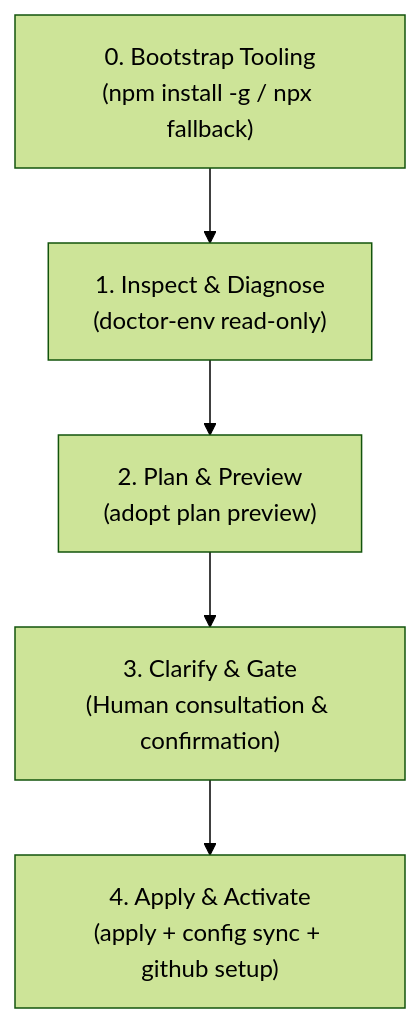
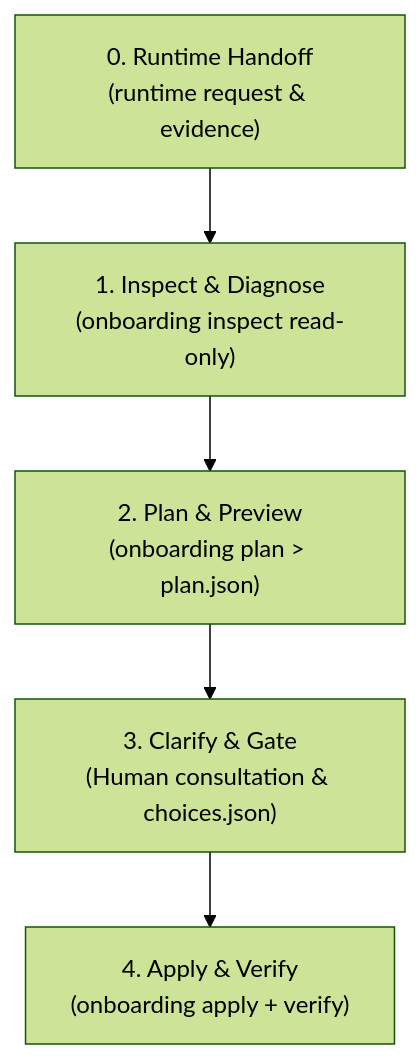
One commit to smota/agentflow-sdlc changed the diagram in docs/assisted-onboarding.md. Above: the diagram before and after it, drawn with Mermaid (forest theme). The commit also changed other lines of this file and 17 other files, not shown here.

````diff
--- a/docs/assisted-onboarding.md
+++ b/docs/assisted-onboarding.md
@@ -53,7 +72,7 @@
 ```mermaid
 flowchart TD
-  S0["0. Bootstrap Tooling\n(npm install -g / npx fallback)"] --> S1["1. Inspect & Diagnose\n(doctor-env read-only)"]
-  S1 --> S2["2. Plan & Preview\n(adopt plan preview)"]
-  S2 --> S3["3. Clarify & Gate\n(Human consultation & confirmation)"]
-  S3 --> S4["4. Apply & Activate\n(apply + config sync + github setup)"]
+  S0["0. Runtime Handoff\n(runtime request & evidence)"] --> S1["1. Inspect & Diagnose\n(onboarding inspect read-only)"]
+  S1 --> S2["2. Plan & Preview\n(onboarding plan > plan.json)"]
+  S2 --> S3["3. Clarify & Gate\n(Human consultation & choices.json)"]
+  S3 --> S4["4. Apply & Verify\n(onboarding apply + verify)"]
 ```
````
